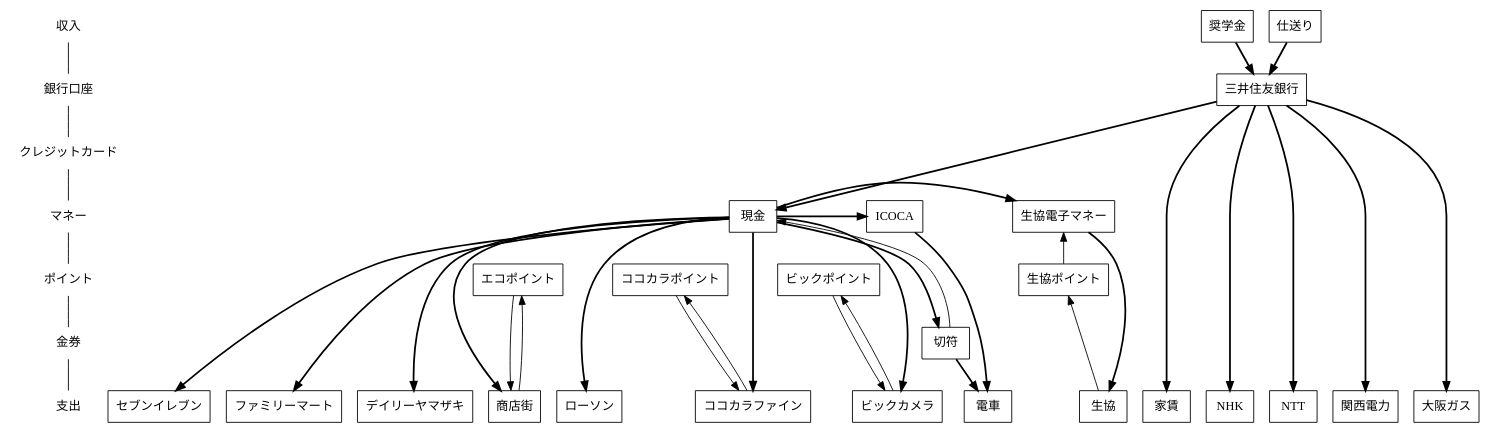
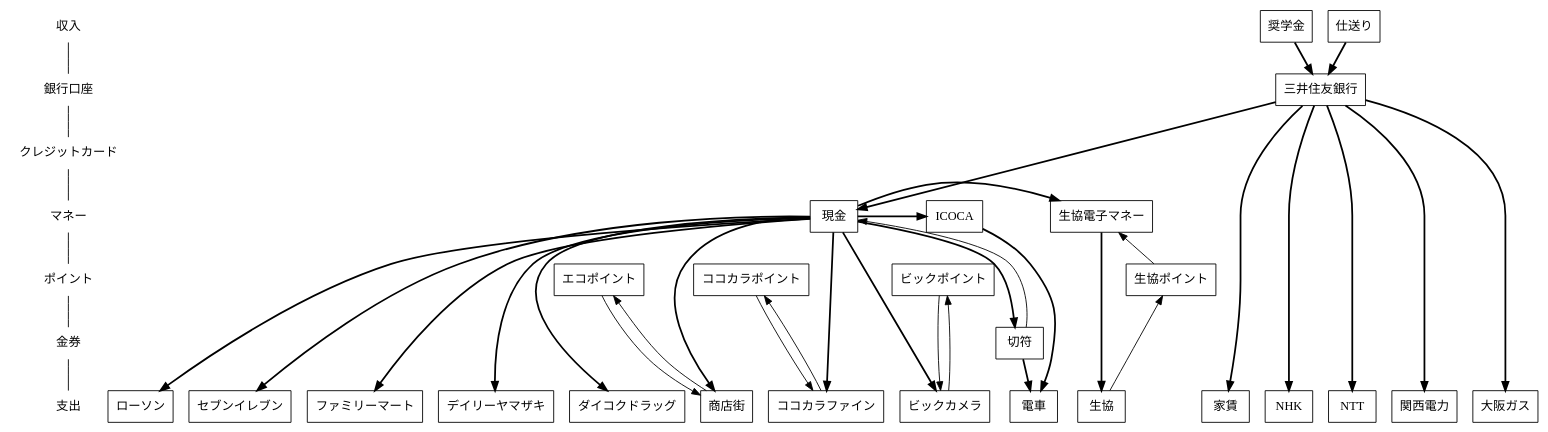
One commit to saireya/moneyflow changed the diagram in flow.dot. Above: the diagram before and after it, drawn with Graphviz.

Commit message:
2011/05: Added DaikokuDrag

```diff
--- a/flow.dot
+++ b/flow.dot
@@ -1,88 +1,90 @@
 // dot -Tsvg flow.dot -o flow.svg
 digraph "MoneyFlow"
 {
 	node [ shape = box ];
 
 	"収入", "銀行口座", "クレジットカード", "マネー", "ポイント", "金券", "支出" [shape = none];
 	"収入" -> "銀行口座" -> "クレジットカード" -> "マネー" -> "ポイント" -> "金券" -> "支出" [arrowhead = none];
 	{
 		rank = same; "収入";
 		奨学金;
 		仕送り;
 	}
 
 	{
 		rank = same; "銀行口座";
 		三井住友銀行;
 	}
 
 	{
 		rank = same; "クレジットカード";
 	}
 
 	{
 		rank = same; "マネー";
 		ICOCA;
 		生協電子マネー;
 		現金;
 	}
 
 	{
 		rank = same; "ポイント";
 		エコポイント;
 		生協ポイント;
 		ココカラポイント;
 		ビックポイント;
 	}
 
 	{
 		rank = same; "金券";
 		切符;
 	}
 
 	{
 		rank = same; "支出";
 		家賃;
 		// コンビニ
 		ローソン;
 		セブンイレブン;
 		ファミリーマート;
 		デイリーヤマザキ;
 		// 交通
 		電車;
 		// インフラ
 		NHK;
 		NTT;
 		関西電力;
 		大阪ガス;
 		// 店舗
 		商店街;
 		生協;
 		ココカラファイン;
+		ダイコクドラッグ;
 		ビックカメラ;
 	}
 
 	// SMBC
 	奨学金 -> 三井住友銀行 [style="bold", weight=100];
 	仕送り -> 三井住友銀行 [style="bold", weight=100];
 	三井住友銀行 -> 現金, 家賃, 関西電力, 大阪ガス, NHK, NTT [style="bold", weight=100];
 
 	// 現金
 	現金 -> 商店街 [style="bold", weight=100];
 	商店街 -> エコポイント -> 商店街;
 	現金 -> ローソン [style="bold", weight=100];
 	現金 -> セブンイレブン [style="bold", weight=100];
 	現金 -> ファミリーマート [style="bold", weight=100];
 	現金 -> デイリーヤマザキ [style="bold", weight=100];
 	現金 -> 生協電子マネー [style="bold", weight=100];
 	生協電子マネー -> 生協 [style="bold", weight=100];
 	生協 -> 生協ポイント -> 生協電子マネー;
 	現金 -> ココカラファイン [style="bold", weight=100];
 	ココカラファイン -> ココカラポイント -> ココカラファイン;
+	現金 -> ダイコクドラッグ [style="bold", weight=100];
 	現金 -> ビックカメラ [style="bold", weight=100];
 	ビックカメラ -> ビックポイント -> ビックカメラ;
 
 	現金 -> ICOCA -> 電車 [style="bold", weight=100];
 	現金 -> 切符 -> 電車 [style="bold", weight=100];
 	切符 -> 現金;
 } 
```
